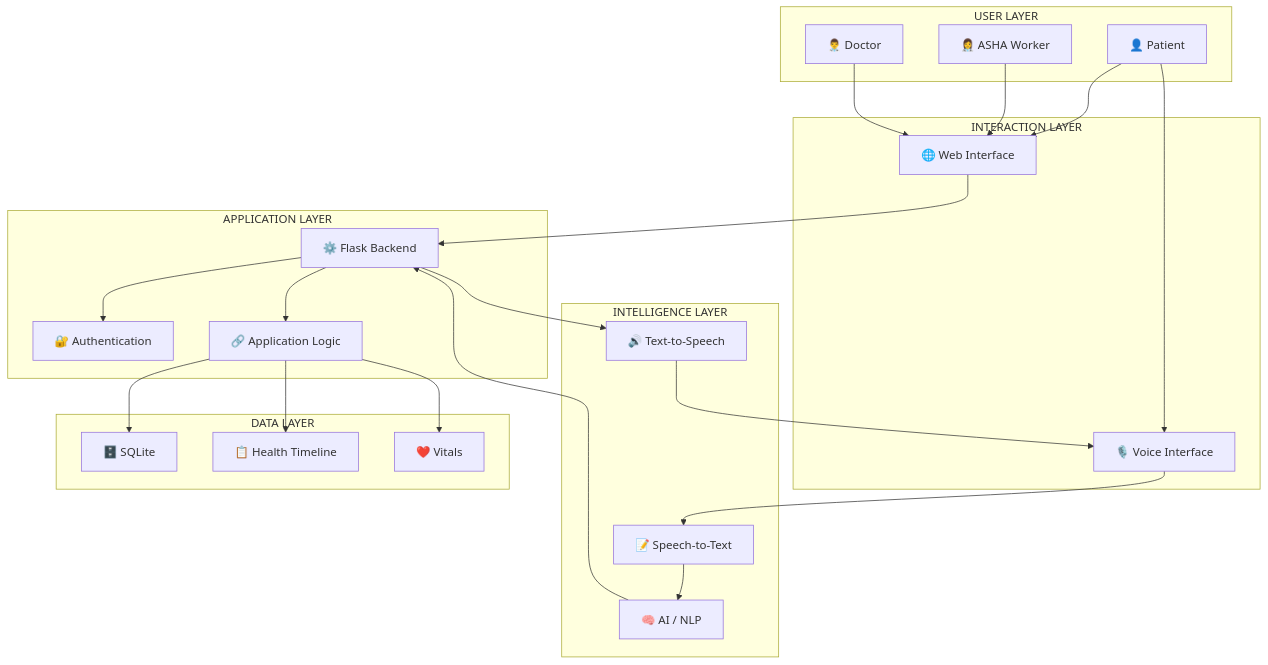
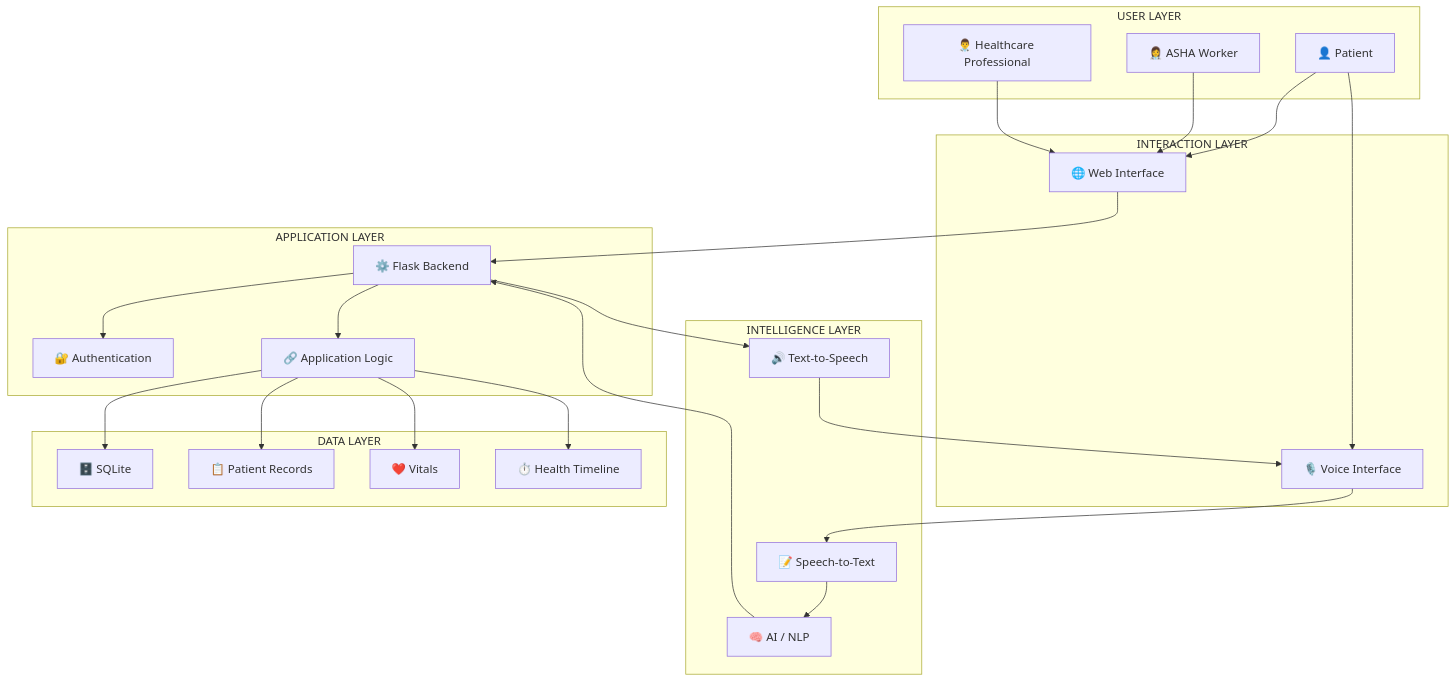
The sixth of 8 diagrams in README.md (anshika-dev23/Swasthya-Setu), drawn with Mermaid before and after one commit. The commit also changed other lines of this file, not shown here.

````diff
--- a/README.md
+++ b/README.md
@@ -550,63 +500,65 @@
 ```mermaid
 flowchart TB
 
 subgraph USERS["USER LAYER"]
 
 P["👤 Patient"]
 A["👩‍⚕️ ASHA Worker"]
-D["👨‍⚕️ Doctor"]
+D["👨‍⚕️ Healthcare Professional"]
 
 end
 
 subgraph INTERACTION["INTERACTION LAYER"]
 
 UI["🌐 Web Interface"]
 VOICE["🎙️ Voice Interface"]
 
 end
 
-subgraph AI["INTELLIGENCE LAYER"]
+subgraph INTELLIGENCE["INTELLIGENCE LAYER"]
 
 STT["📝 Speech-to-Text"]
 NLP["🧠 AI / NLP"]
 TTS["🔊 Text-to-Speech"]
 
 end
 
-subgraph APP["APPLICATION LAYER"]
+subgraph APPLICATION["APPLICATION LAYER"]
 
 FLASK["⚙️ Flask Backend"]
 AUTH["🔐 Authentication"]
 LOGIC["🔗 Application Logic"]
 
 end
 
 subgraph DATA["DATA LAYER"]
 
 DB["🗄️ SQLite"]
-TIMELINE["📋 Health Timeline"]
-VITALS["❤️ Vitals"]
+REC["📋 Patient Records"]
+VIT["❤️ Vitals"]
+TIME["⏱️ Health Timeline"]
 
 end
 
 P --> UI
 P --> VOICE
 A --> UI
 D --> UI
 
 VOICE --> STT
 STT --> NLP
 NLP --> FLASK
 
 UI --> FLASK
 
 FLASK --> AUTH
 FLASK --> LOGIC
 
 LOGIC --> DB
-LOGIC --> TIMELINE
-LOGIC --> VITALS
+LOGIC --> REC
+LOGIC --> VIT
+LOGIC --> TIME
 
 FLASK --> TTS
 TTS --> VOICE
 ```
````
